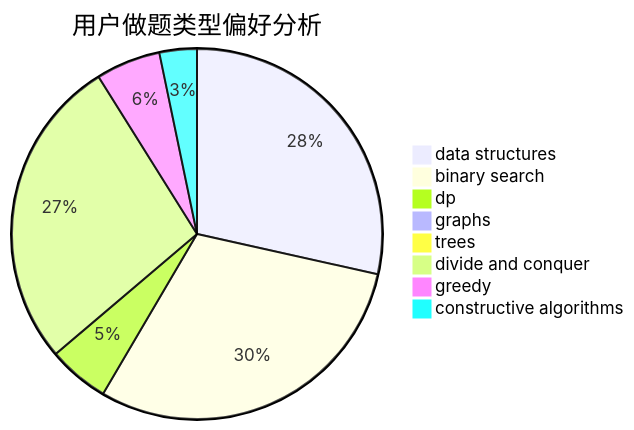
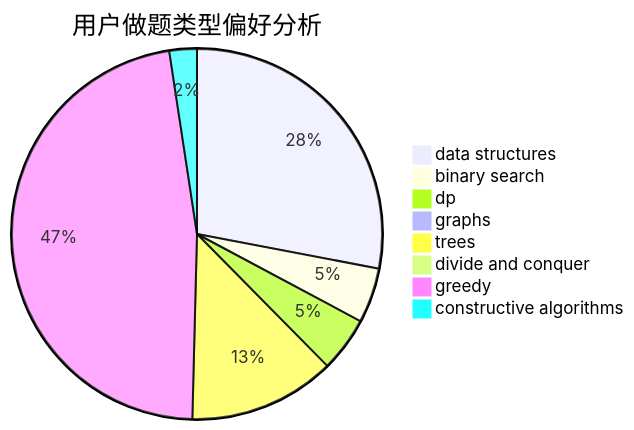
Before and after one commit to sherpahu/cfrs.github.io: the second of 3 diagrams in docs/user/u1800.md, drawn with Mermaid. The commit also changed other lines of this file and 2770 other files, not shown here.

````diff
--- a/docs/user/u1800.md
+++ b/docs/user/u1800.md
@@ -23,11 +23,11 @@
 ```mermaid
 pie title 用户做题类型偏好分析
-    "data structures" :  96
-    "binary search" :  101
-    "dp" :  18
+    "data structures" :  35
+    "binary search" :  6
+    "dp" :  6
     "graphs" :  0
-    "trees" :  0
-    "divide and conquer" :  92
-    "greedy" :  19
-    "constructive algorithms" :  11
+    "trees" :  16
+    "divide and conquer" :  0
+    "greedy" :  59
+    "constructive algorithms" :  3
 ```
````
